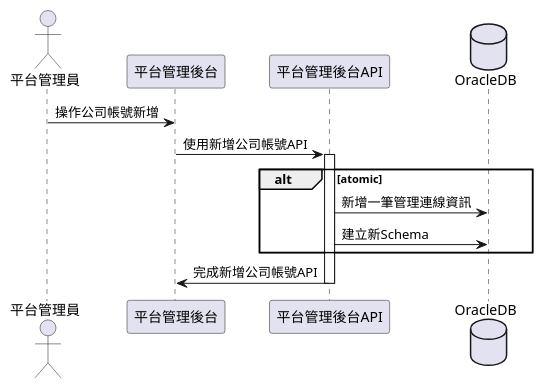
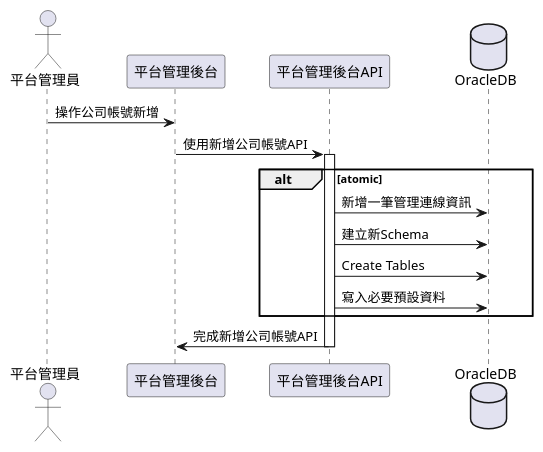
One commit to philipz/multitenant changed the first of 3 diagrams in 新增租戶流程.md. Above: the diagram before and after it, drawn with PlantUML. The commit also changed other lines of this file and 2 other files, not shown here.

Commit message:
Update Sequence and DB connection string.

````diff
--- a/新增租戶流程.md
+++ b/新增租戶流程.md
@@ -14,16 +12,18 @@
 ```plantuml
 @startuml
 actor 平台管理員
 平台管理員->平台管理後台: 操作公司帳號新增
 平台管理後台 -> 平台管理後台API: 使用新增公司帳號API
 activate 平台管理後台API
 
 alt atomic
 database OracleDB
 平台管理後台API -> OracleDB: 新增一筆管理連線資訊
 平台管理後台API -> OracleDB: 建立新Schema
+平台管理後台API -> OracleDB: Create Tables
+平台管理後台API -> OracleDB: 寫入必要預設資料
 end
 平台管理後台API -> 平台管理後台: 完成新增公司帳號API
 deactivate 平台管理後台API
 @enduml
 ```
````
